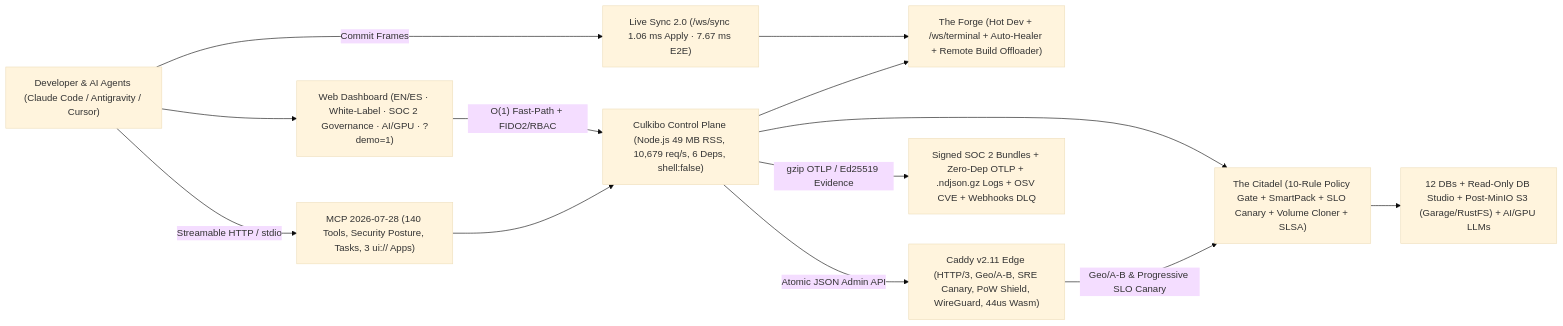
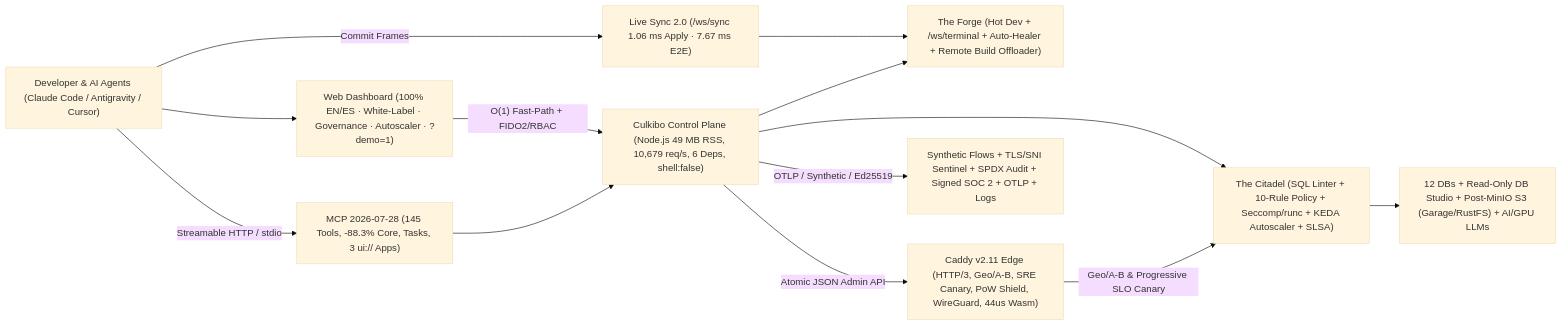
Before and after one commit to macaqueboy/culkibo: the diagram in README.md, drawn with Mermaid (base theme). The commit also changed other lines of this file and 29 other files, not shown here.

Commit message:
feat(cycle-12): synthetic/TLS sentinel, SQL DDL linter, KEDA autoscaler, SPDX auditor, seccomp/runc guard (59 suites, 145 MCP tools)

````diff
--- a/README.md
+++ b/README.md
@@ -186,26 +186,26 @@
 ```mermaid
 flowchart LR
     Dev["Developer & AI Agents (Claude Code / Antigravity / Cursor)"]
-    UI["Web Dashboard (EN/ES · White-Label · SOC 2 Governance · AI/GPU · ?demo=1)"]
-    MCP["MCP 2026-07-28 (140 Tools, Security Posture, Tasks, 3 ui:// Apps)"]
+    UI["Web Dashboard (100% EN/ES · White-Label · Governance · Autoscaler · ?demo=1)"]
+    MCP["MCP 2026-07-28 (145 Tools, -88.3% Core, Tasks, 3 ui:// Apps)"]
     Sync["Live Sync 2.0 (/ws/sync 1.06 ms Apply · 7.67 ms E2E)"]
     CP["Culkibo Control Plane (Node.js 49 MB RSS, 10,679 req/s, 6 Deps, shell:false)"]
     Forge["The Forge (Hot Dev + /ws/terminal + Auto-Healer + Remote Build Offloader)"]
-    Citadel["The Citadel (10-Rule Policy Gate + SmartPack + SLO Canary + Volume Cloner + SLSA)"]
+    Citadel["The Citadel (SQL Linter + 10-Rule Policy + Seccomp/runc + KEDA Autoscaler + SLSA)"]
     Caddy["Caddy v2.11 Edge (HTTP/3, Geo/A-B, SRE Canary, PoW Shield, WireGuard, 44us Wasm)"]
-    Obs["Signed SOC 2 Bundles + Zero-Dep OTLP + .ndjson.gz Logs + OSV CVE + Webhooks DLQ"]
+    Obs["Synthetic Flows + TLS/SNI Sentinel + SPDX Audit + Signed SOC 2 + OTLP + Logs"]
     Data["12 DBs + Read-Only DB Studio + Post-MinIO S3 (Garage/RustFS) + AI/GPU LLMs"]
 
     Dev -->|"Streamable HTTP / stdio"| MCP
     Dev -->|"Commit Frames"| Sync
     Dev --> UI
     UI -->|"O(1) Fast-Path + FIDO2/RBAC"| CP
     MCP --> CP
     Sync --> Forge
     CP --> Forge
     CP --> Citadel
     CP -->|"Atomic JSON Admin API"| Caddy
-    CP -->|"gzip OTLP / Ed25519 Evidence"| Obs
+    CP -->|"OTLP / Synthetic / Ed25519"| Obs
     Citadel --> Data
     Caddy -->|"Geo/A-B & Progressive SLO Canary"| Citadel
 ```
````
